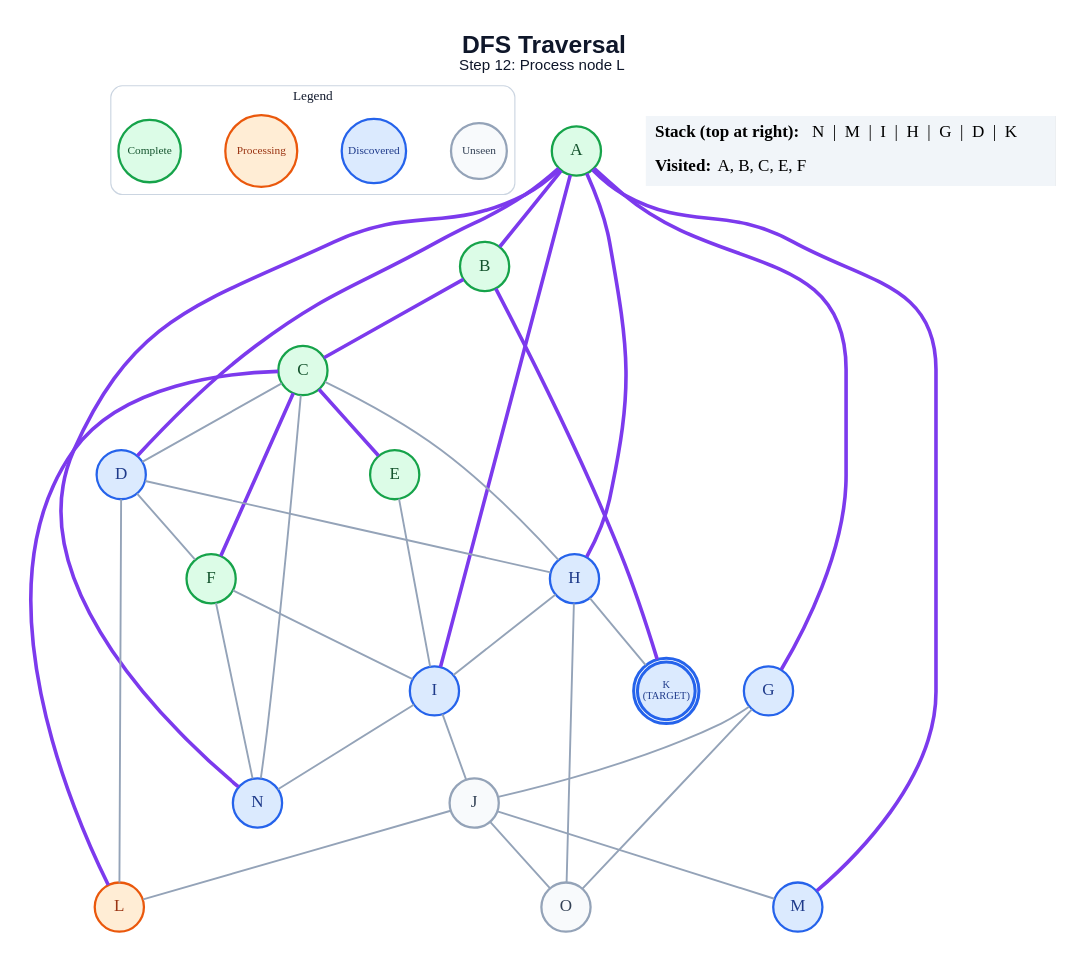
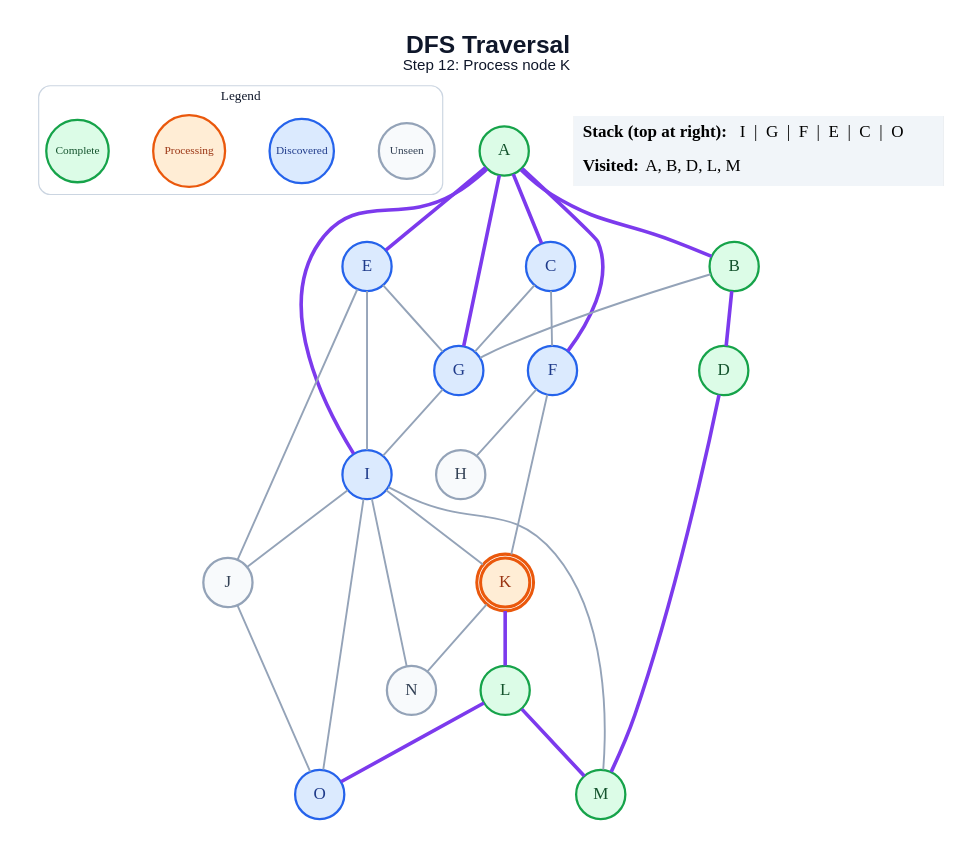
Before and after one commit to anon7238593-create/ai-slop: the diagram in generated/dfs/step_12.dot, drawn with Graphviz. The commit also changed 225 other files, not shown here.

```diff
--- a/generated/dfs/step_12.dot
+++ b/generated/dfs/step_12.dot
@@ -1,65 +1,61 @@
 graph traversal {
   graph [layout=dot, rankdir=TB, bgcolor="#FFFFFF", pad="0.35", nodesep="0.65", ranksep="0.8", fontname="Arial"];
   node [shape=circle, style="filled", fontname="Arial Bold", fontsize=18, width=0.72, fixedsize=true, penwidth=2.4];
   edge [color="#94A3B8", penwidth=2.0];
-  label=<<B>DFS Traversal</B><BR/><FONT POINT-SIZE="16">Step 12: Process node L</FONT>>; labelloc="t"; fontsize=26; fontname="Arial"; fontcolor="#0F172A";
+  label=<<B>DFS Traversal</B><BR/><FONT POINT-SIZE="16">Step 12: Process node K</FONT>>; labelloc="t"; fontsize=26; fontname="Arial"; fontcolor="#0F172A";
   subgraph cluster_legend { label="Legend"; color="#CBD5E1"; penwidth=1.2; style="rounded"; fontsize=14; fontname="Arial Bold";
     key_unseen [label="Unseen", fillcolor="#F8FAFC", color="#94A3B8", fontcolor="#334155", fontsize=12, width=0.82];
     key_frontier [label="Discovered", fillcolor="#DBEAFE", color="#2563EB", fontcolor="#1E3A8A", fontsize=12, width=0.95];
     key_current [label="Processing", fillcolor="#FFEDD5", color="#EA580C", fontcolor="#9A3412", fontsize=12, width=1.05];
     key_done [label="Complete", fillcolor="#DCFCE7", color="#16A34A", fontcolor="#14532D", fontsize=12, width=0.92];
     { rank=same; key_unseen; key_frontier; key_current; key_done; }
   }
   A [label="A", fillcolor="#DCFCE7", color="#16A34A", fontcolor="#14532D", peripheries=1, penwidth=2.4];
   B [label="B", fillcolor="#DCFCE7", color="#16A34A", fontcolor="#14532D", peripheries=1, penwidth=2.4];
-  C [label="C", fillcolor="#DCFCE7", color="#16A34A", fontcolor="#14532D", peripheries=1, penwidth=2.4];
-  D [label="D", fillcolor="#DBEAFE", color="#2563EB", fontcolor="#1E3A8A", peripheries=1, penwidth=2.4];
-  E [label="E", fillcolor="#DCFCE7", color="#16A34A", fontcolor="#14532D", peripheries=1, penwidth=2.4];
-  F [label="F", fillcolor="#DCFCE7", color="#16A34A", fontcolor="#14532D", peripheries=1, penwidth=2.4];
+  C [label="C", fillcolor="#DBEAFE", color="#2563EB", fontcolor="#1E3A8A", peripheries=1, penwidth=2.4];
+  D [label="D", fillcolor="#DCFCE7", color="#16A34A", fontcolor="#14532D", peripheries=1, penwidth=2.4];
+  E [label="E", fillcolor="#DBEAFE", color="#2563EB", fontcolor="#1E3A8A", peripheries=1, penwidth=2.4];
+  F [label="F", fillcolor="#DBEAFE", color="#2563EB", fontcolor="#1E3A8A", peripheries=1, penwidth=2.4];
   G [label="G", fillcolor="#DBEAFE", color="#2563EB", fontcolor="#1E3A8A", peripheries=1, penwidth=2.4];
-  H [label="H", fillcolor="#DBEAFE", color="#2563EB", fontcolor="#1E3A8A", peripheries=1, penwidth=2.4];
+  H [label="H", fillcolor="#F8FAFC", color="#94A3B8", fontcolor="#334155", peripheries=1, penwidth=2.4];
   I [label="I", fillcolor="#DBEAFE", color="#2563EB", fontcolor="#1E3A8A", peripheries=1, penwidth=2.4];
   J [label="J", fillcolor="#F8FAFC", color="#94A3B8", fontcolor="#334155", peripheries=1, penwidth=2.4];
-  K [label="K\n(TARGET)", fillcolor="#DBEAFE", color="#2563EB", fontcolor="#1E3A8A", peripheries=2, penwidth=3.2, fontsize=11, width=0.85, height=0.85];
-  L [label="L", fillcolor="#FFEDD5", color="#EA580C", fontcolor="#9A3412", peripheries=1, penwidth=2.4];
-  M [label="M", fillcolor="#DBEAFE", color="#2563EB", fontcolor="#1E3A8A", peripheries=1, penwidth=2.4];
-  N [label="N", fillcolor="#DBEAFE", color="#2563EB", fontcolor="#1E3A8A", peripheries=1, penwidth=2.4];
-  O [label="O", fillcolor="#F8FAFC", color="#94A3B8", fontcolor="#334155", peripheries=1, penwidth=2.4];
+  K [label="K", fillcolor="#FFEDD5", color="#EA580C", fontcolor="#9A3412", peripheries=2, penwidth=3.2];
+  L [label="L", fillcolor="#DCFCE7", color="#16A34A", fontcolor="#14532D", peripheries=1, penwidth=2.4];
+  M [label="M", fillcolor="#DCFCE7", color="#16A34A", fontcolor="#14532D", peripheries=1, penwidth=2.4];
+  N [label="N", fillcolor="#F8FAFC", color="#94A3B8", fontcolor="#334155", peripheries=1, penwidth=2.4];
+  O [label="O", fillcolor="#DBEAFE", color="#2563EB", fontcolor="#1E3A8A", peripheries=1, penwidth=2.4];
   A -- B [color="#7C3AED", penwidth=3.8];
-  A -- D [color="#7C3AED", penwidth=3.8];
+  A -- C [color="#7C3AED", penwidth=3.8];
+  A -- E [color="#7C3AED", penwidth=3.8];
+  A -- F [color="#7C3AED", penwidth=3.8];
   A -- G [color="#7C3AED", penwidth=3.8];
-  A -- H [color="#7C3AED", penwidth=3.8];
   A -- I [color="#7C3AED", penwidth=3.8];
-  A -- M [color="#7C3AED", penwidth=3.8];
-  A -- N [color="#7C3AED", penwidth=3.8];
-  B -- C [color="#7C3AED", penwidth=3.8];
-  B -- K [color="#7C3AED", penwidth=3.8];
-  C -- D;
-  C -- E [color="#7C3AED", penwidth=3.8];
-  C -- F [color="#7C3AED", penwidth=3.8];
-  C -- H;
-  C -- L [color="#7C3AED", penwidth=3.8];
-  C -- N;
-  D -- F;
-  D -- H;
-  D -- L;
+  B -- D [color="#7C3AED", penwidth=3.8];
+  B -- G;
+  C -- F;
+  C -- G;
+  D -- M [color="#7C3AED", penwidth=3.8];
+  E -- G;
   E -- I;
-  F -- I;
-  F -- N;
-  G -- J;
-  G -- O;
-  H -- I;
-  H -- K;
-  H -- O;
+  E -- J;
+  F -- H;
+  F -- K;
+  G -- I;
   I -- J;
+  I -- K;
+  I -- M;
   I -- N;
-  J -- L;
-  J -- M;
+  I -- O;
   J -- O;
+  K -- L [color="#7C3AED", penwidth=3.8];
+  K -- N;
+  L -- M [color="#7C3AED", penwidth=3.8];
+  L -- O [color="#7C3AED", penwidth=3.8];
   status [shape=plain, fixedsize=false, width=0, height=0, margin=0, label=<
     <TABLE BORDER="0" CELLBORDER="0" CELLPADDING="7" BGCOLOR="#F1F5F9">
-      <TR><TD ALIGN="LEFT"><B>Stack (top at right):</B> N  |  M  |  I  |  H  |  G  |  D  |  K</TD></TR>
-      <TR><TD ALIGN="LEFT"><B>Visited:</B> A, B, C, E, F</TD></TR>
+      <TR><TD ALIGN="LEFT"><B>Stack (top at right):</B> I  |  G  |  F  |  E  |  C  |  O</TD></TR>
+      <TR><TD ALIGN="LEFT"><B>Visited:</B> A, B, D, L, M</TD></TR>
     </TABLE>
   >];
 }
```
